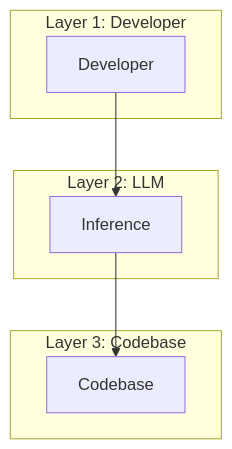
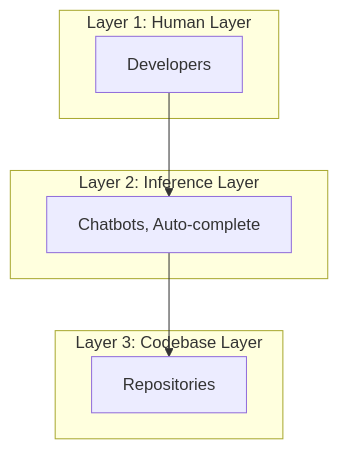
One commit to ra1han/minimum-viable-harness changed the first of 3 diagrams in talks/introduction.md. Above: the diagram before and after it, drawn with Mermaid. The commit also changed other lines of this file and 1 other file, not shown here.

````diff
--- a/talks/introduction.md
+++ b/talks/introduction.md
@@ -5,17 +9,17 @@
 ```mermaid
 flowchart TD
-   subgraph Layer1[Layer 1: Developer]
-      Developer[Developer]
+   subgraph Layer1[Layer 1: Human Layer]
+      Developer[Developers]
    end
 
-   subgraph Layer2[Layer 2: LLM]
-      Inference[Inference]
+   subgraph Layer2[Layer 2: Inference Layer]
+      Inference[Chatbots, Auto-complete]
    end
 
-   subgraph Layer3[Layer 3: Codebase]
-      Codebase[Codebase]
+   subgraph Layer3[Layer 3: Codebase Layer]
+      Codebase[Repositories]
    end
 
    Developer --> Inference
    Inference --> Codebase
 ```
````
